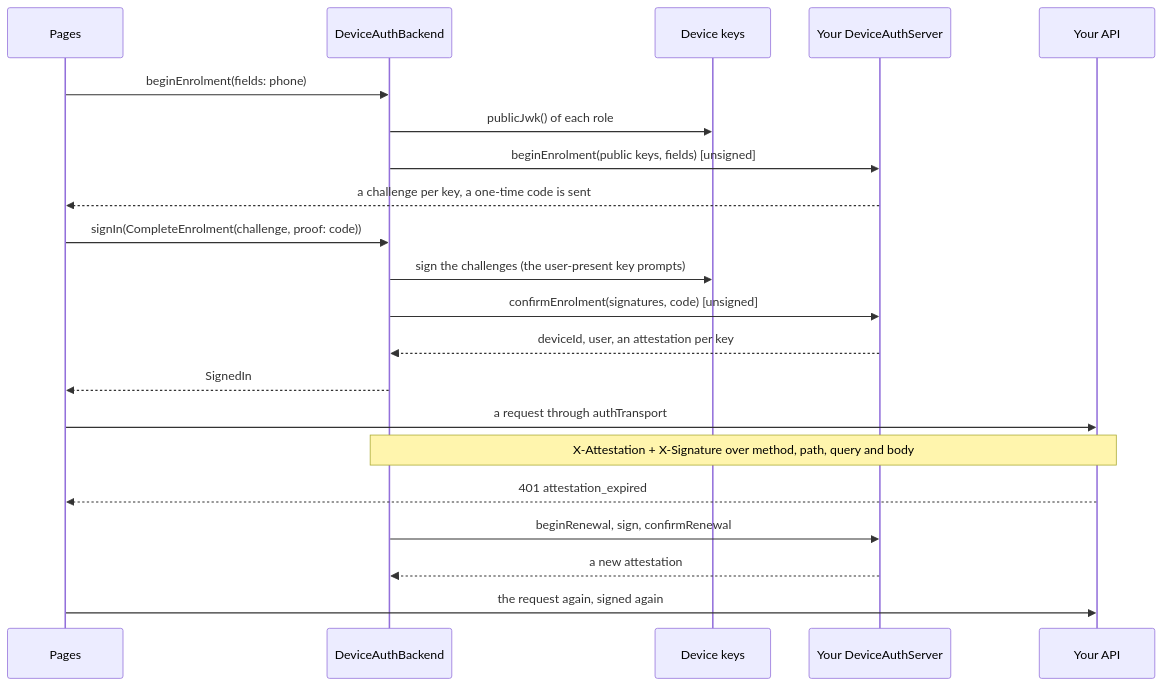
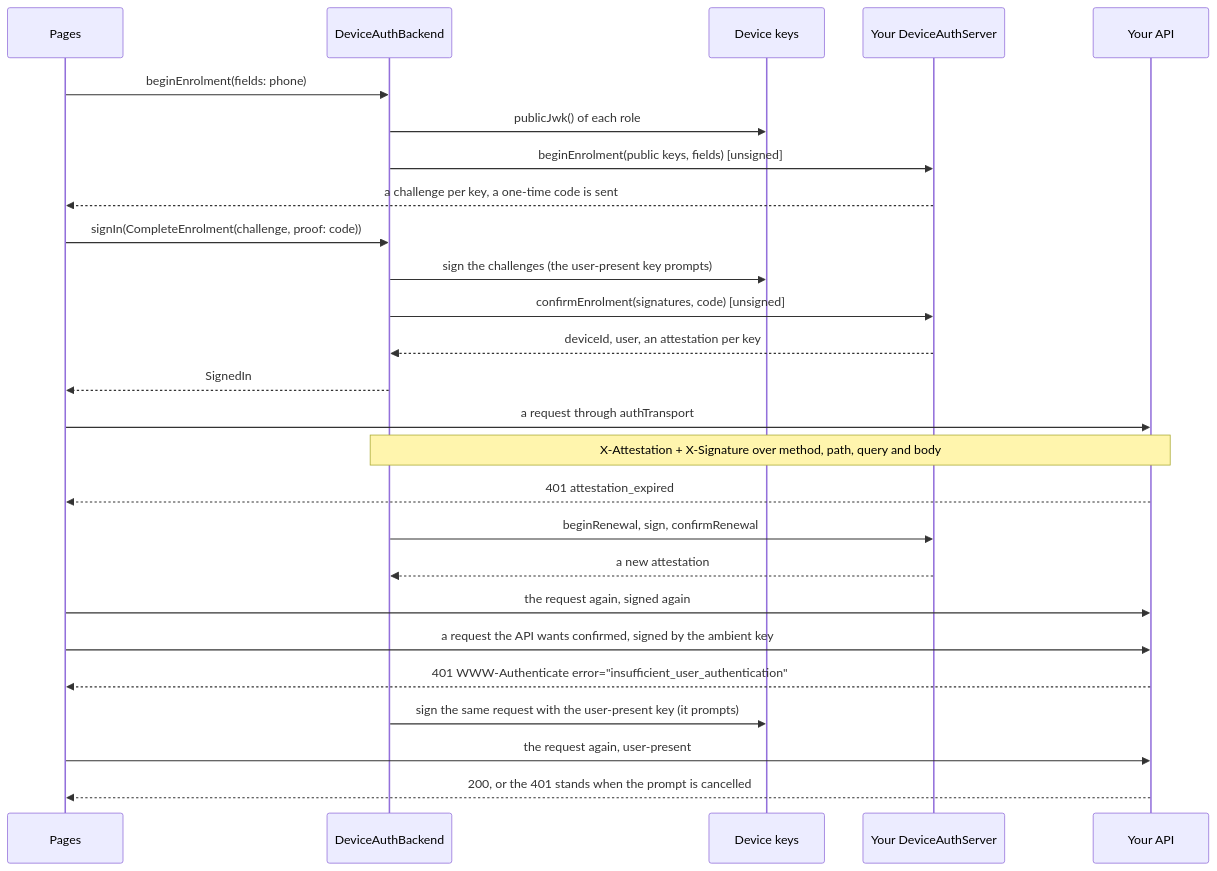
Before and after one commit to fespalier/fespalier: the fourth of 5 diagrams in docs/auth.md, drawn with Mermaid. The commit also changed other lines of this file and 45 other files, not shown here.

First line of the commit message:
feat(auth): device sessions step up per request with the user-present key, and examples/cratestack declares it with @authn (#327)

````diff
--- a/docs/auth.md
+++ b/docs/auth.md
@@ -461,23 +468,28 @@
 ```mermaid
 sequenceDiagram
   participant P as Pages
   participant B as DeviceAuthBackend
   participant K as Device keys
   participant S as Your DeviceAuthServer
   participant API as Your API
   P->>B: beginEnrolment(fields: phone)
   B->>K: publicJwk() of each role
   B->>S: beginEnrolment(public keys, fields) [unsigned]
   S-->>P: a challenge per key, a one-time code is sent
   P->>B: signIn(CompleteEnrolment(challenge, proof: code))
   B->>K: sign the challenges (the user-present key prompts)
   B->>S: confirmEnrolment(signatures, code) [unsigned]
   S-->>B: deviceId, user, an attestation per key
   B-->>P: SignedIn
   P->>API: a request through authTransport
   Note over B,API: X-Attestation + X-Signature over method, path, query and body
   API-->>P: 401 attestation_expired
   B->>S: beginRenewal, sign, confirmRenewal
   S-->>B: a new attestation
   P->>API: the request again, signed again
+  P->>API: a request the API wants confirmed, signed by the ambient key
+  API-->>P: 401 WWW-Authenticate error="insufficient_user_authentication"
+  B->>K: sign the same request with the user-present key (it prompts)
+  P->>API: the request again, user-present
+  API-->>P: 200, or the 401 stands when the prompt is cancelled
 ```
````
